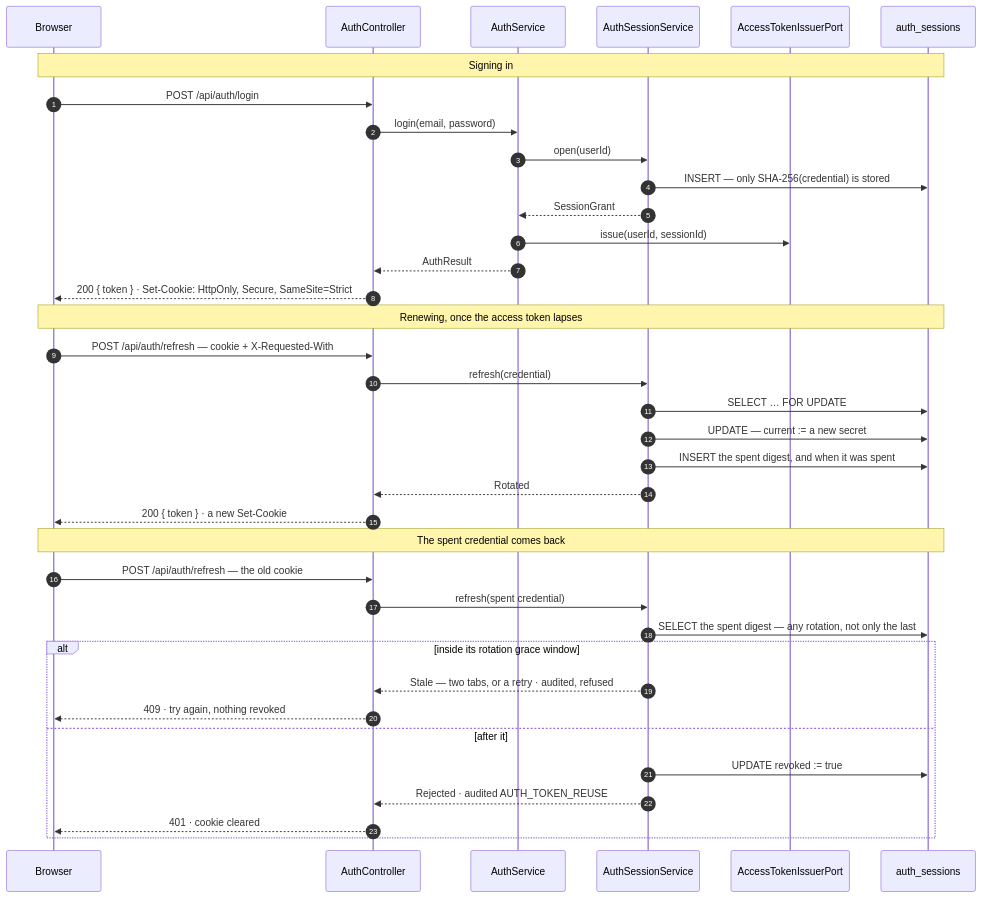
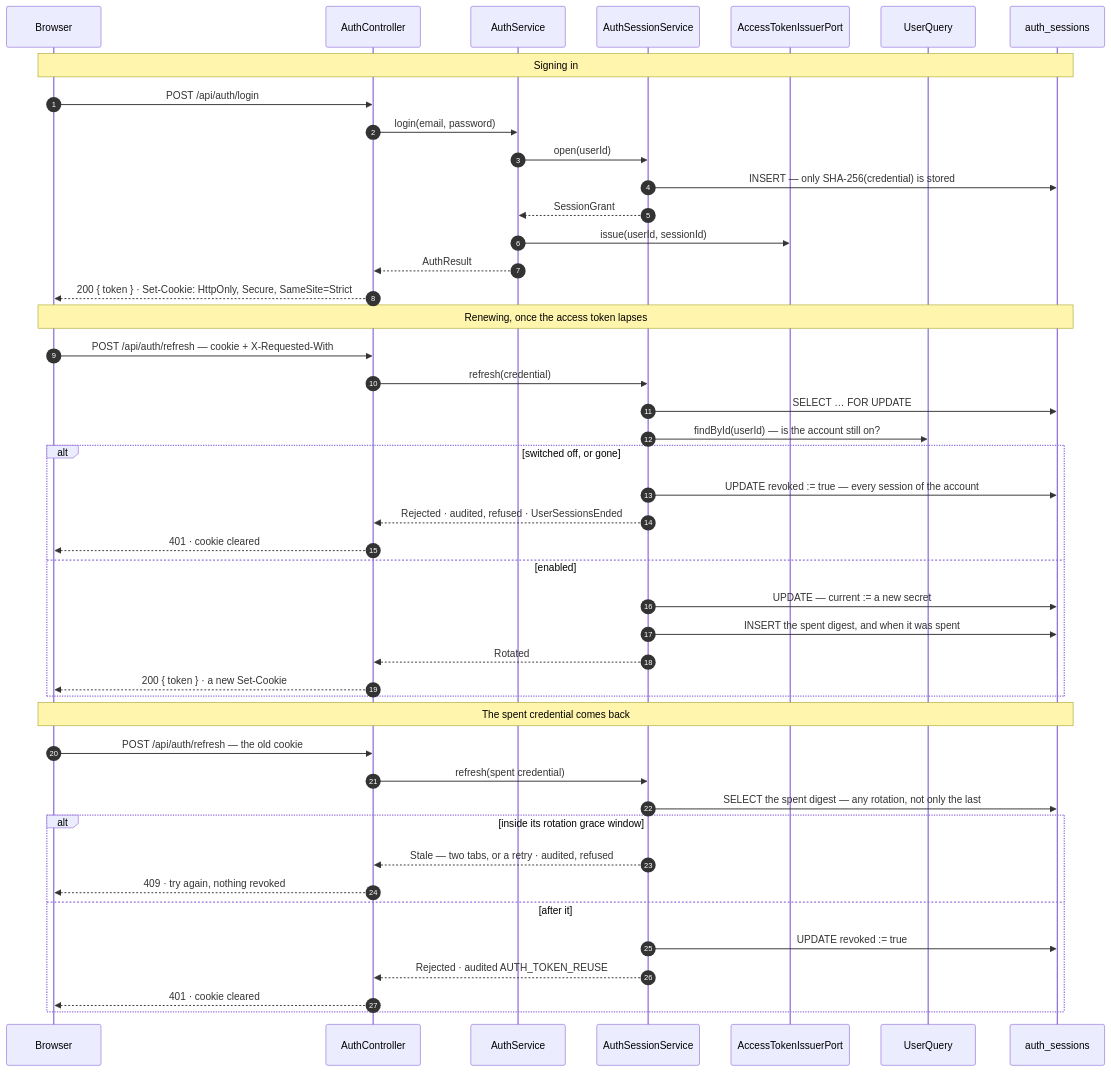
Before and after one commit to NaimElijah/UpHealther: the diagram in docs/architecture/architecture.md, drawn with Mermaid. The commit also changed other lines of this file and 7 other files, not shown here.

First line of the commit message:
docs: bring the API, the requirements and the architecture in step

````diff
--- a/docs/architecture/architecture.md
+++ b/docs/architecture/architecture.md
@@ -421,42 +421,50 @@
 ```mermaid
 sequenceDiagram
     autonumber
     participant B as Browser
     participant C as AuthController
     participant A as AuthService
     participant S as AuthSessionService
     participant J as AccessTokenIssuerPort
+    participant U as UserQuery
     participant DB as auth_sessions
 
     Note over B,DB: Signing in
     B->>C: POST /api/auth/login
     C->>A: login(email, password)
     A->>S: open(userId)
     S->>DB: INSERT — only SHA-256(credential) is stored
     S-->>A: SessionGrant
     A->>J: issue(userId, sessionId)
     A-->>C: AuthResult
     C-->>B: 200 { token } · Set-Cookie: HttpOnly, Secure, SameSite=Strict
 
     Note over B,DB: Renewing, once the access token lapses
     B->>C: POST /api/auth/refresh — cookie + X-Requested-With
     C->>S: refresh(credential)
     S->>DB: SELECT … FOR UPDATE
-    S->>DB: UPDATE — current := a new secret
-    S->>DB: INSERT the spent digest, and when it was spent
-    S-->>C: Rotated
-    C-->>B: 200 { token } · a new Set-Cookie
+    S->>U: findById(userId) — is the account still on?
+    alt switched off, or gone
+        S->>DB: UPDATE revoked := true — every session of the account
+        S-->>C: Rejected · audited, refused · UserSessionsEnded
+        C-->>B: 401 · cookie cleared
+    else enabled
+        S->>DB: UPDATE — current := a new secret
+        S->>DB: INSERT the spent digest, and when it was spent
+        S-->>C: Rotated
+        C-->>B: 200 { token } · a new Set-Cookie
+    end
 
     Note over B,DB: The spent credential comes back
     B->>C: POST /api/auth/refresh — the old cookie
     C->>S: refresh(spent credential)
     S->>DB: SELECT the spent digest — any rotation, not only the last
     alt inside its rotation grace window
         S-->>C: Stale — two tabs, or a retry · audited, refused
         C-->>B: 409 · try again, nothing revoked
     else after it
         S->>DB: UPDATE revoked := true
         S-->>C: Rejected · audited AUTH_TOKEN_REUSE
         C-->>B: 401 · cookie cleared
     end
 ```
````
